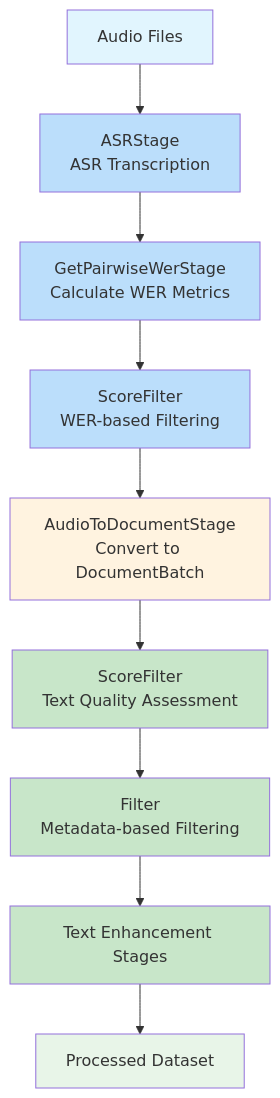
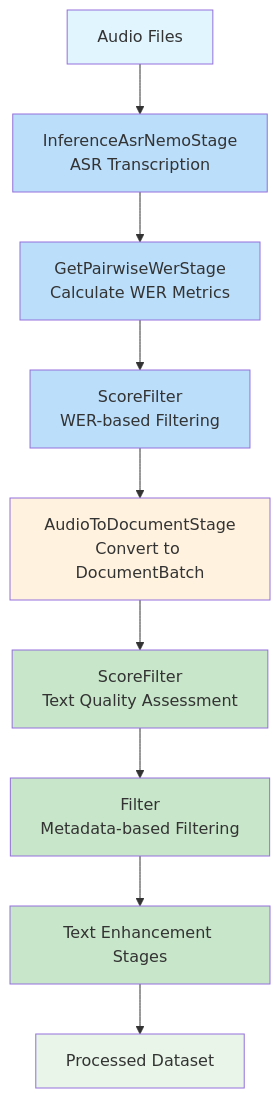
Before and after one commit to NVIDIA-NeMo/Curator: the third of 4 diagrams in fern/versions/main/pages/about/concepts/audio/text-integration.mdx, drawn with Mermaid. The commit also changed other lines of this file and 15 other files, not shown here.

````diff
--- a/fern/versions/main/pages/about/concepts/audio/text-integration.mdx
+++ b/fern/versions/main/pages/about/concepts/audio/text-integration.mdx
@@ -101,23 +101,23 @@
 ```mermaid
 flowchart TD
-    A[Audio Files] --> B[ASRStage<br/>ASR Transcription]
+    A[Audio Files] --> B[InferenceAsrNemoStage<br/>ASR Transcription]
     B --> C[GetPairwiseWerStage<br/>Calculate WER Metrics]
     C --> D[ScoreFilter<br/>WER-based Filtering]
     D --> E[AudioToDocumentStage<br/>Convert to DocumentBatch]
     E --> F[ScoreFilter<br/>Text Quality Assessment]
     F --> G[Filter<br/>Metadata-based Filtering]
     G --> H[Text Enhancement Stages]
     H --> I[Processed Dataset]
     
     style A fill:#e1f5fe
     style E fill:#fff3e0
     style I fill:#e8f5e8
     
     classDef audioStage fill:#bbdefb
     classDef conversionStage fill:#ffcc02
     classDef textStage fill:#c8e6c9
     
     class B,C,D audioStage
     class E conversionStage
     class F,G,H textStage
 ```
````
